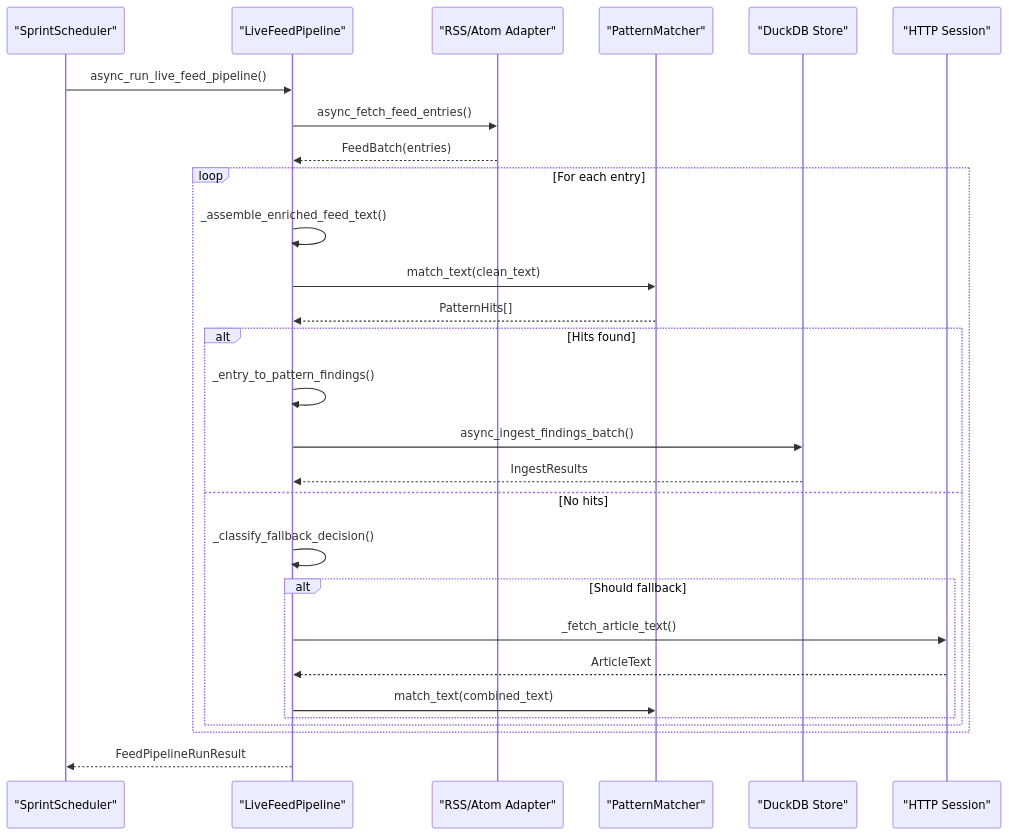
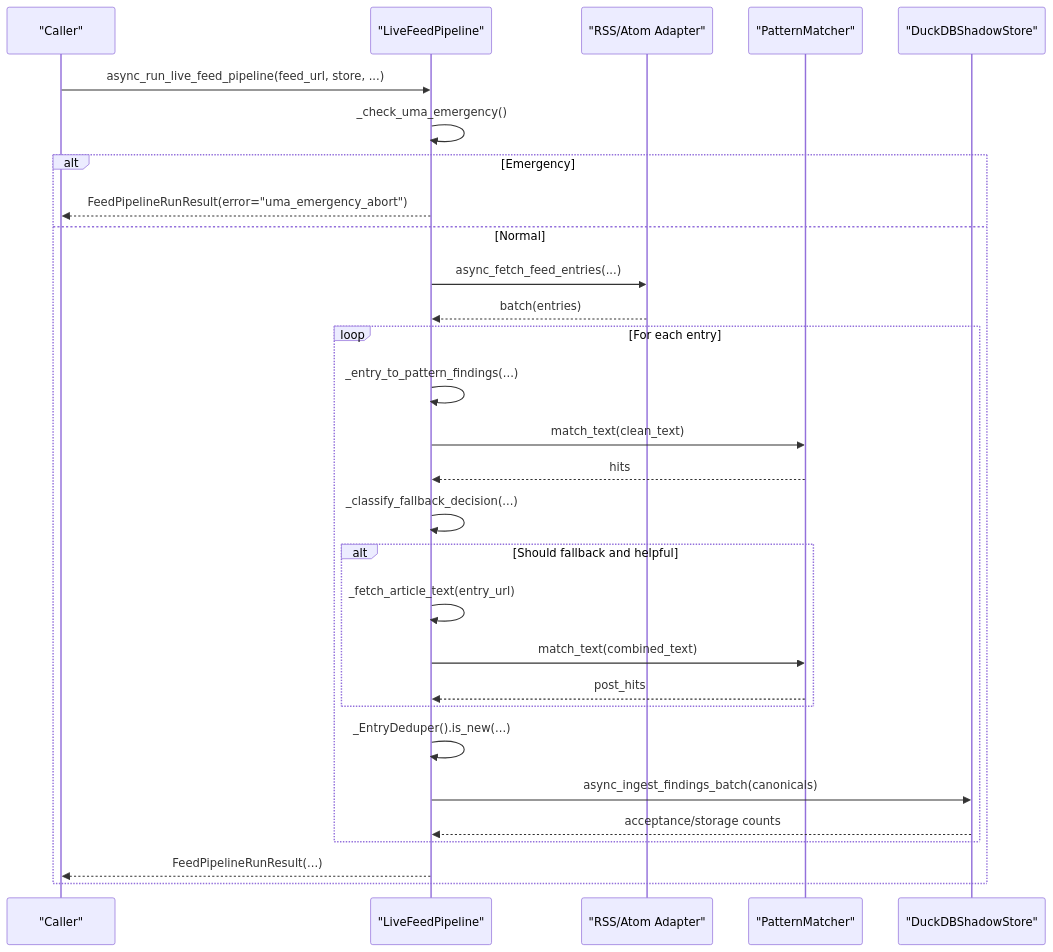
Before and after one commit to Hamulda/hledac-universal: the second of 3 diagrams in .qoder/repowiki/en/content/Pipeline System/Live Feed Pipeline.md, drawn with Mermaid. The commit also changed other lines of this file and 236 other files, not shown here.

Commit message:
feat: F234 prelive gate, acquisition strategy and sprint scheduler improvements

````diff
--- a/.qoder/repowiki/en/content/Pipeline System/Live Feed Pipeline.md
+++ b/.qoder/repowiki/en/content/Pipeline System/Live Feed Pipeline.md
@@ -127,30 +108,31 @@
 ```mermaid
 sequenceDiagram
-participant Scheduler as "SprintScheduler"
-participant Pipeline as "LiveFeedPipeline"
-participant Adapter as "RSS/Atom Adapter"
-participant Matcher as "PatternMatcher"
-participant Store as "DuckDB Store"
-participant Network as "HTTP Session"
-Scheduler->>Pipeline : async_run_live_feed_pipeline()
-Pipeline->>Adapter : async_fetch_feed_entries()
-Adapter-->>Pipeline : FeedBatch(entries)
+participant Client as "Caller"
+participant LF as "LiveFeedPipeline"
+participant RA as "RSS/Atom Adapter"
+participant PM as "PatternMatcher"
+participant DS as "DuckDBShadowStore"
+Client->>LF : async_run_live_feed_pipeline(feed_url, store, ...)
+LF->>LF : _check_uma_emergency()
+alt Emergency
+LF-->>Client : FeedPipelineRunResult(error="uma_emergency_abort")
+else Normal
+LF->>RA : async_fetch_feed_entries(...)
+RA-->>LF : batch(entries)
 loop For each entry
-Pipeline->>Pipeline : _assemble_enriched_feed_text()
-Pipeline->>Matcher : match_text(clean_text)
-Matcher-->>Pipeline : PatternHits[]
-alt Hits found
-Pipeline->>Pipeline : _entry_to_pattern_findings()
-Pipeline->>Store : async_ingest_findings_batch()
-Store-->>Pipeline : IngestResults
-else No hits
-Pipeline->>Pipeline : _classify_fallback_decision()
-alt Should fallback
-Pipeline->>Network : _fetch_article_text()
-Network-->>Pipeline : ArticleText
-Pipeline->>Matcher : match_text(combined_text)
+LF->>LF : _entry_to_pattern_findings(...)
+LF->>PM : match_text(clean_text)
+PM-->>LF : hits
+LF->>LF : _classify_fallback_decision(...)
+alt Should fallback and helpful
+LF->>LF : _fetch_article_text(entry_url)
+LF->>PM : match_text(combined_text)
+PM-->>LF : post_hits
 end
+LF->>LF : _EntryDeduper().is_new(...)
+LF->>DS : async_ingest_findings_batch(canonicals)
+DS-->>LF : acceptance/storage counts
 end
+LF-->>Client : FeedPipelineRunResult(...)
 end
-Pipeline-->>Scheduler : FeedPipelineRunResult
 ```
````
